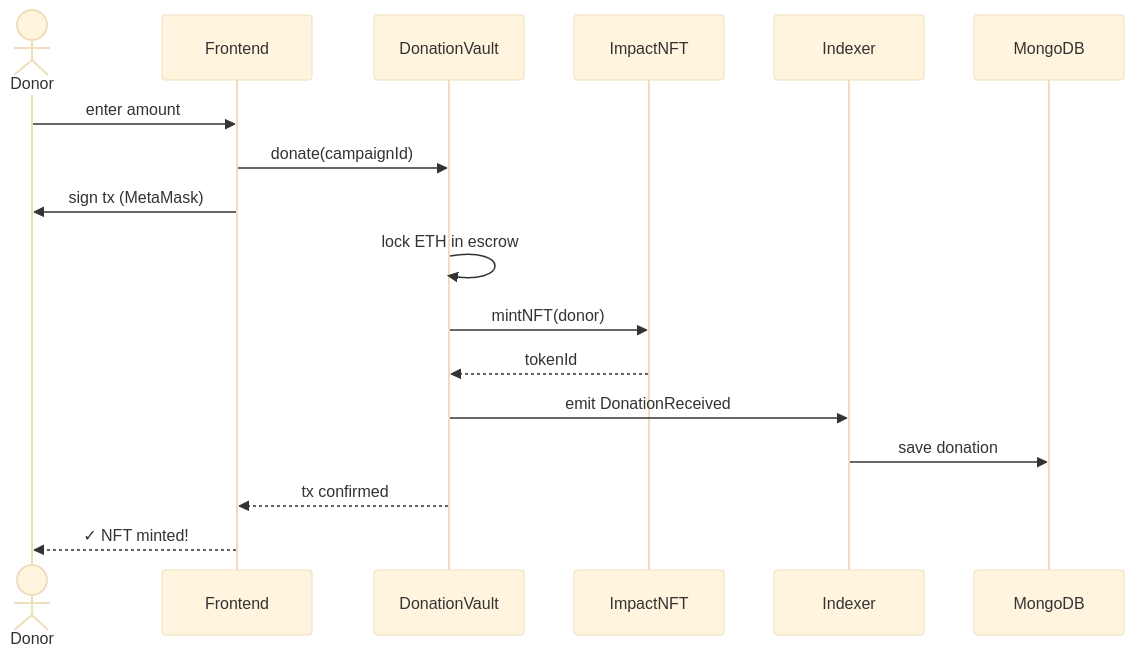
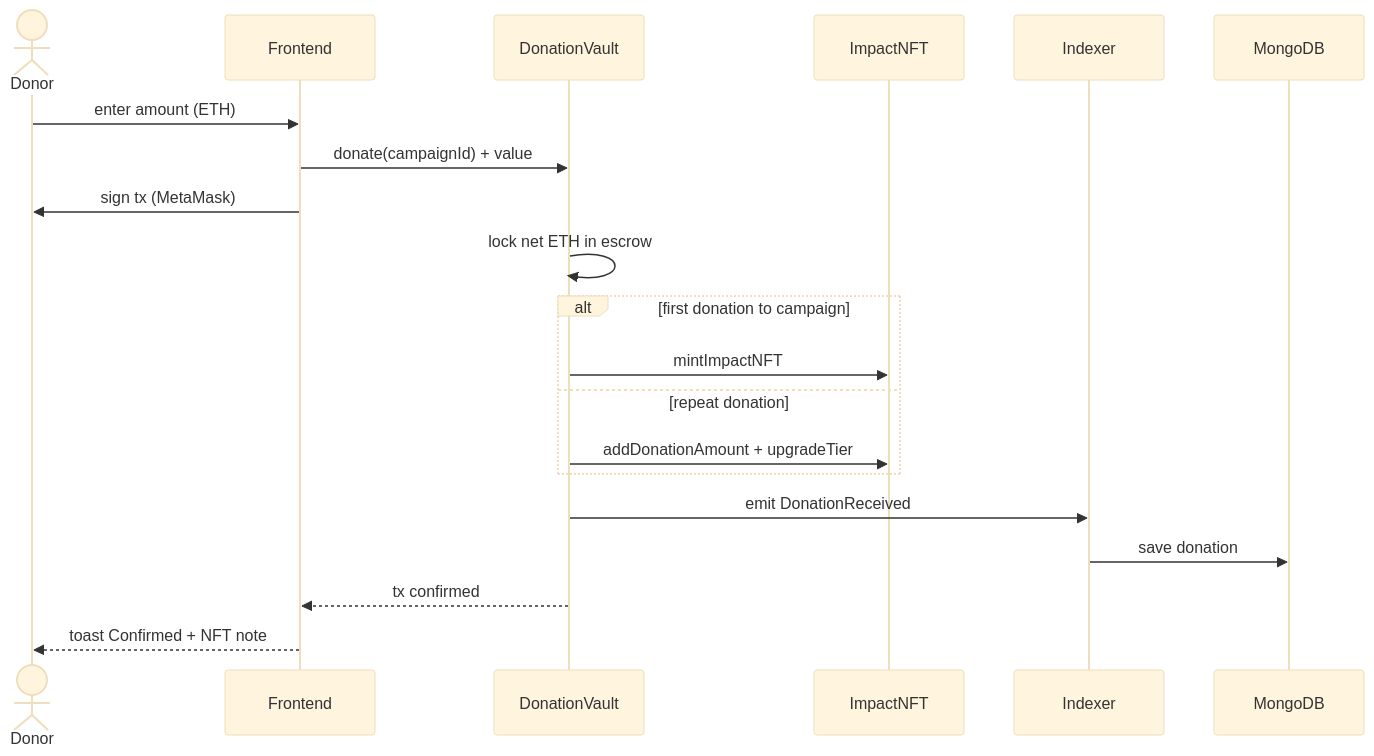
The first of 3 diagrams in docs/donate-flow.md (Levianth146/transpachain), drawn with Mermaid (base theme) before and after one commit. The commit also changed other lines of this file and 10 other files, not shown here.

````diff
--- a/docs/donate-flow.md
+++ b/docs/donate-flow.md
@@ -3,20 +5,23 @@
 ```mermaid
 sequenceDiagram
     actor Donor
     participant Frontend
     participant DonationVault
     participant ImpactNFT
     participant Indexer
     participant MongoDB
 
-    Donor->>Frontend: enter amount
-    Frontend->>DonationVault: donate(campaignId)
+    Donor->>Frontend: enter amount (ETH)
+    Frontend->>DonationVault: donate(campaignId) + value
     Frontend->>Donor: sign tx (MetaMask)
-    DonationVault->>DonationVault: lock ETH in escrow
-    DonationVault->>ImpactNFT: mintNFT(donor)
-    ImpactNFT-->>DonationVault: tokenId
+    DonationVault->>DonationVault: lock net ETH in escrow
+    alt first donation to campaign
+        DonationVault->>ImpactNFT: mintImpactNFT
+    else repeat donation
+        DonationVault->>ImpactNFT: addDonationAmount + upgradeTier
+    end
     DonationVault->>Indexer: emit DonationReceived
     Indexer->>MongoDB: save donation
     DonationVault-->>Frontend: tx confirmed
-    Frontend-->>Donor: ✓ NFT minted!
+    Frontend-->>Donor: toast Confirmed + NFT note
 ```
````
